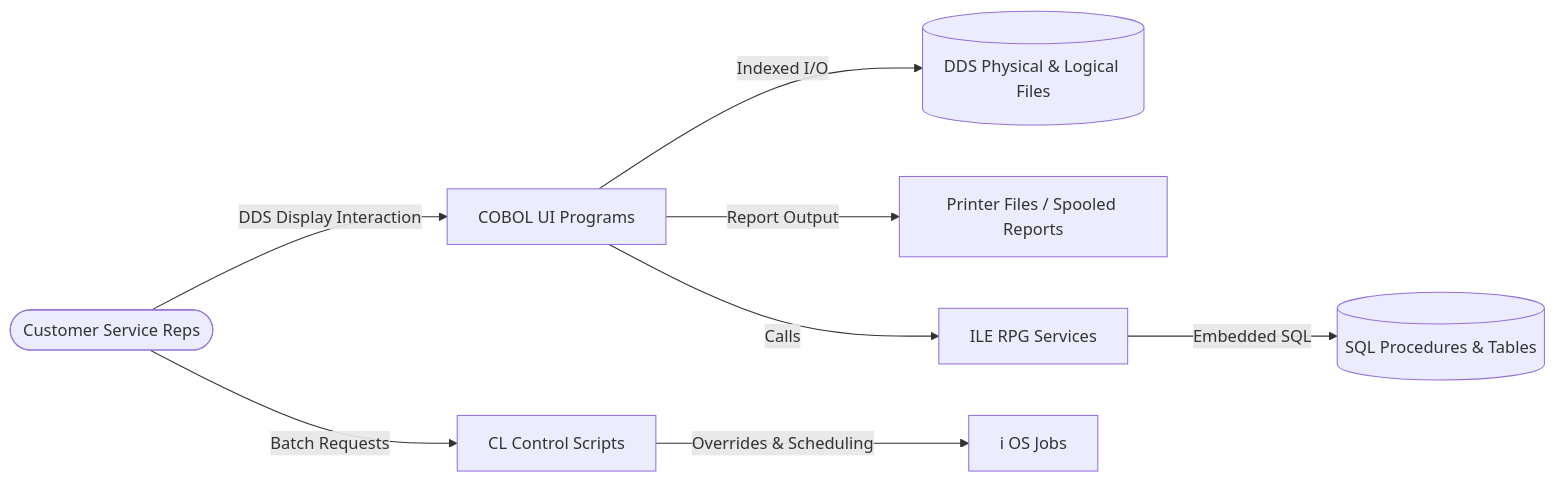
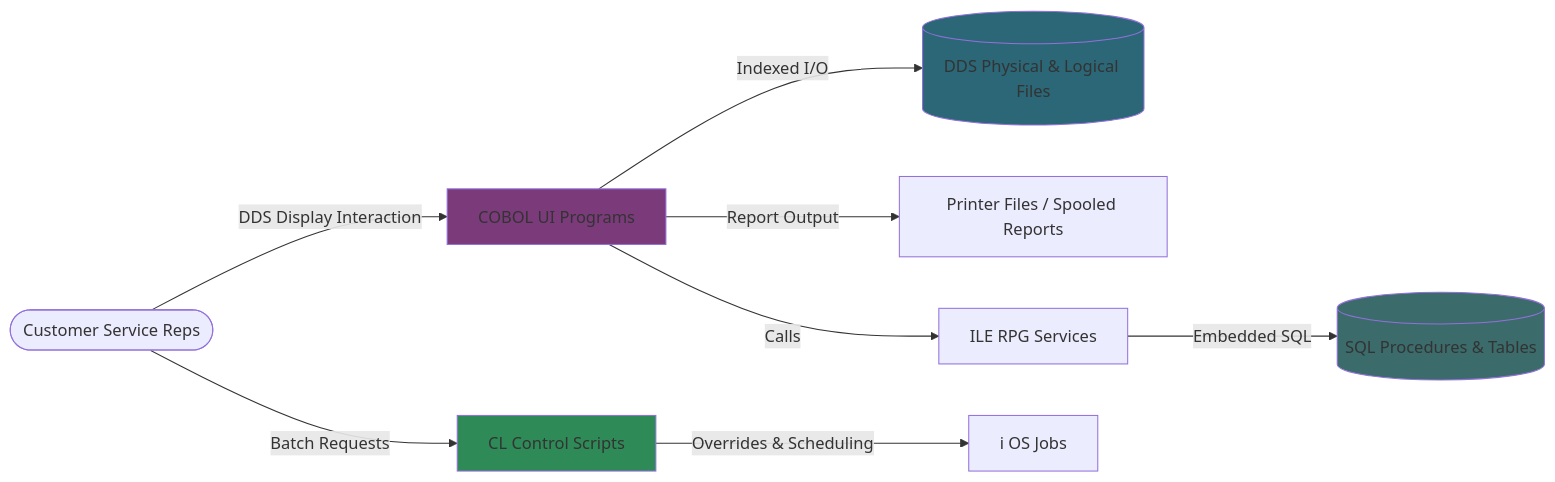
Before and after one commit to asynkron/CobolDemo-GITST: the diagram in docs/01_system_overview.md, drawn with Mermaid. The commit also changed 7 other files, not shown here.

Commit message:
Add accent fills to documentation mermaid diagrams

````diff
--- a/docs/01_system_overview.md
+++ b/docs/01_system_overview.md
@@ -16,10 +16,15 @@
 ```mermaid
 flowchart LR
     Users([Customer Service Reps]) -->|DDS Display Interaction| COBOL[COBOL UI Programs]
     Users -->|Batch Requests| CL[CL Control Scripts]
     COBOL -->|Indexed I/O| DDS[(DDS Physical & Logical Files)]
     COBOL -->|Report Output| Printer[Printer Files / Spooled Reports]
     COBOL -->|Calls| RPGLE[ILE RPG Services]
     RPGLE -->|Embedded SQL| SQL[(SQL Procedures & Tables)]
     CL -->|Overrides & Scheduling| IBM[i OS Jobs]
+    %% Highlight core processing hubs with the agreed palette.
+    style COBOL fill:#7B3B7B
+    style CL fill:#2E8B57
+    style DDS fill:#2B6777
+    style SQL fill:#3B6B6B
 ```
````
